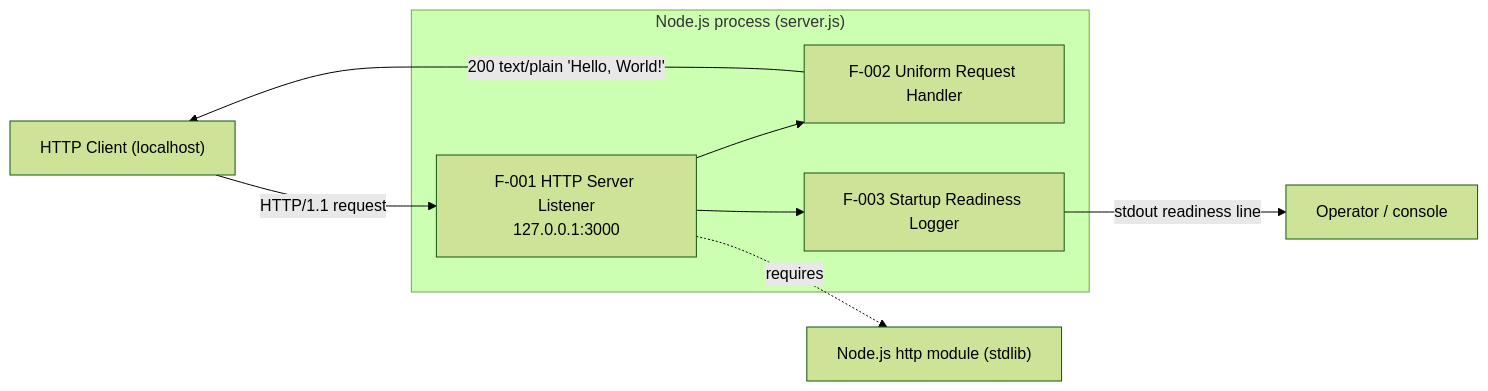
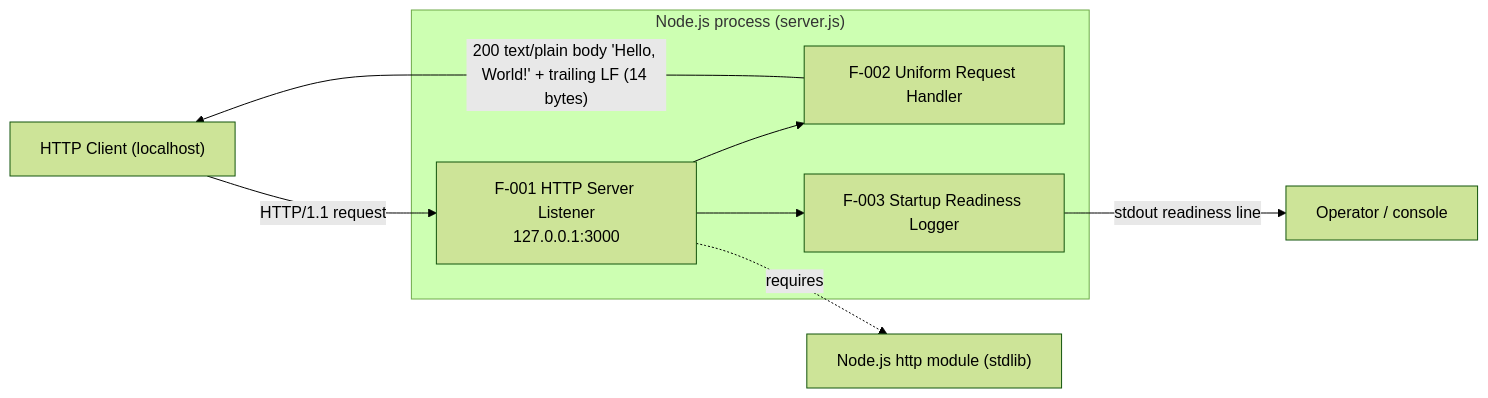
The first of 3 diagrams in docs/architecture.md (ajitblitzy/Ajit_GH_Repo-12-Mar-26), drawn with Mermaid (forest theme) before and after one commit. The commit also changed other lines of this file and 2 other files, not shown here.

````diff
--- a/docs/architecture.md
+++ b/docs/architecture.md
@@ -25,11 +25,11 @@
 ```mermaid
 graph LR
     Client["HTTP Client (localhost)"] -->|"HTTP/1.1 request"| Server
     subgraph Process["Node.js process (server.js)"]
         Server["F-001 HTTP Server Listener<br/>127.0.0.1:3000"] --> Handler["F-002 Uniform Request Handler"]
         Server --> Logger["F-003 Startup Readiness Logger"]
     end
-    Handler -->|"200 text/plain 'Hello, World!'"| Client
+    Handler -->|"200 text/plain body 'Hello, World!' + trailing LF (14 bytes)"| Client
     Logger -->|"stdout readiness line"| Operator["Operator / console"]
     Server -. requires .-> HTTP["Node.js http module (stdlib)"]
 ```
````
